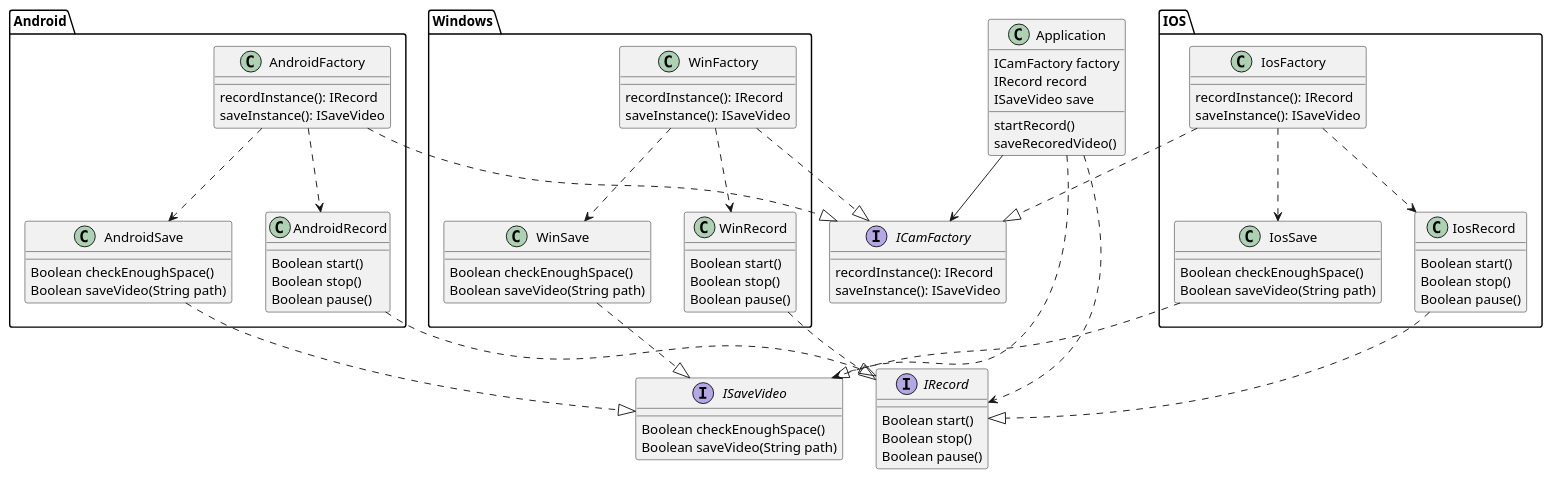
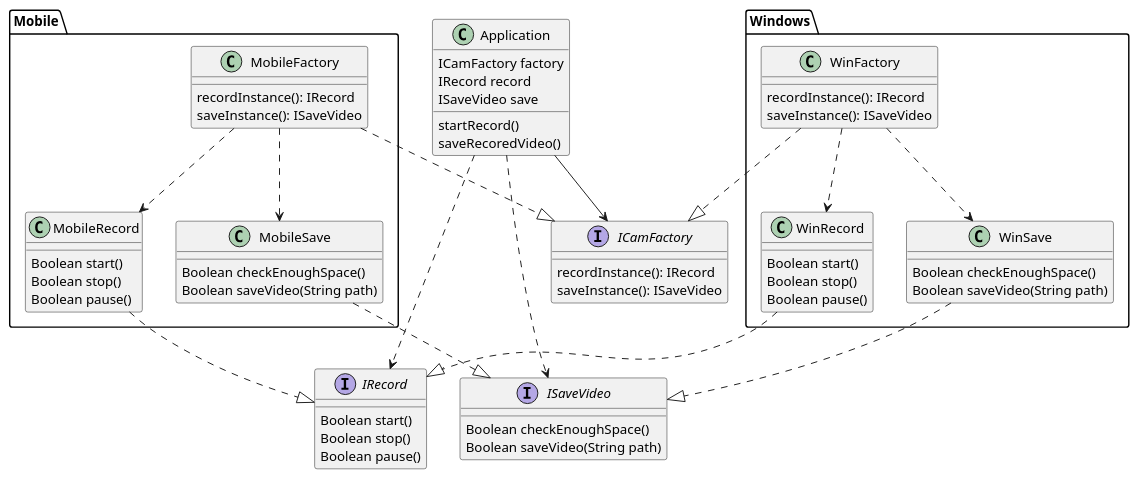
The diagram in creational/Abstract factory/class-diagram.puml (behnamrhp/ts-pattern-examples), drawn with PlantUML before and after one commit. The commit also changed 2 other files, not shown here.

Commit message:
Update abstract factory new example

```diff
--- a/creational/Abstract factory/class-diagram.puml
+++ b/creational/Abstract factory/class-diagram.puml
@@ -1,110 +1,84 @@
 @startuml Abstract factory example class diagram
+
+interface ICamFactory {
+  recordInstance(): IRecord
+  saveInstance(): ISaveVideo 
+}
 
 interface IRecord {
   Boolean start()
   Boolean stop()
   Boolean pause()
 }
 
 interface ISaveVideo {
   Boolean checkEnoughSpace()
   Boolean saveVideo(String path)
 }
 
-interface ICamFactory {
-  recordInstance(): IRecord
-  saveInstance(): ISaveVideo 
-}
 
-
-package Android {
-  class AndroidFactory {
+package Mobile {
+  class MobileFactory {
     recordInstance(): IRecord
     saveInstance(): ISaveVideo 
   }
 
-  class AndroidSave {
+  class MobileSave {
     Boolean checkEnoughSpace()
     Boolean saveVideo(String path)
   }
 
-  class AndroidRecord {
+  class MobileRecord {
     Boolean start()
     Boolean stop()
     Boolean pause()
   }
 
-  AndroidSave ..|> ISaveVideo
-  AndroidRecord ..|> IRecord
+  MobileSave ..|> ISaveVideo
+  MobileRecord ..|> IRecord
 
-  AndroidFactory ..> AndroidSave
-  AndroidFactory ..> AndroidRecord
+  MobileFactory ..> MobileSave
+  MobileFactory ..> MobileRecord
 }
 
 package Windows {
   class WinFactory {
     recordInstance(): IRecord
     saveInstance(): ISaveVideo 
   }
 
   class WinSave {
     Boolean checkEnoughSpace()
     Boolean saveVideo(String path)
   }
 
   class WinRecord {
     Boolean start()
     Boolean stop()
     Boolean pause()
   }
 
   WinSave ..|> ISaveVideo
   WinRecord ..|> IRecord
 
   WinFactory ..> WinSave
   WinFactory ..> WinRecord
 }
 
-
-package IOS {
-  class IosFactory {
-    recordInstance(): IRecord
-    saveInstance(): ISaveVideo 
-  }
-
-  class IosSave {
-    Boolean checkEnoughSpace()
-    Boolean saveVideo(String path)
-  }
-
-  class IosRecord {
-    Boolean start()
-    Boolean stop()
-    Boolean pause()
-  }
-
-  IosSave ..|> ISaveVideo
-  IosRecord ..|> IRecord
-
-  IosFactory ..> IosSave
-  IosFactory ..> IosRecord
-}
-
 WinFactory ..|> ICamFactory
-AndroidFactory ..|> ICamFactory
-IosFactory ..|> ICamFactory
+MobileFactory ..|> ICamFactory
 
 class Application {
   ICamFactory factory
   IRecord record
   ISaveVideo save
 
   startRecord()
   saveRecoredVideo()
 }
 
 Application --> ICamFactory
 Application ..> IRecord
 Application ..> ISaveVideo
 
 @enduml
```
